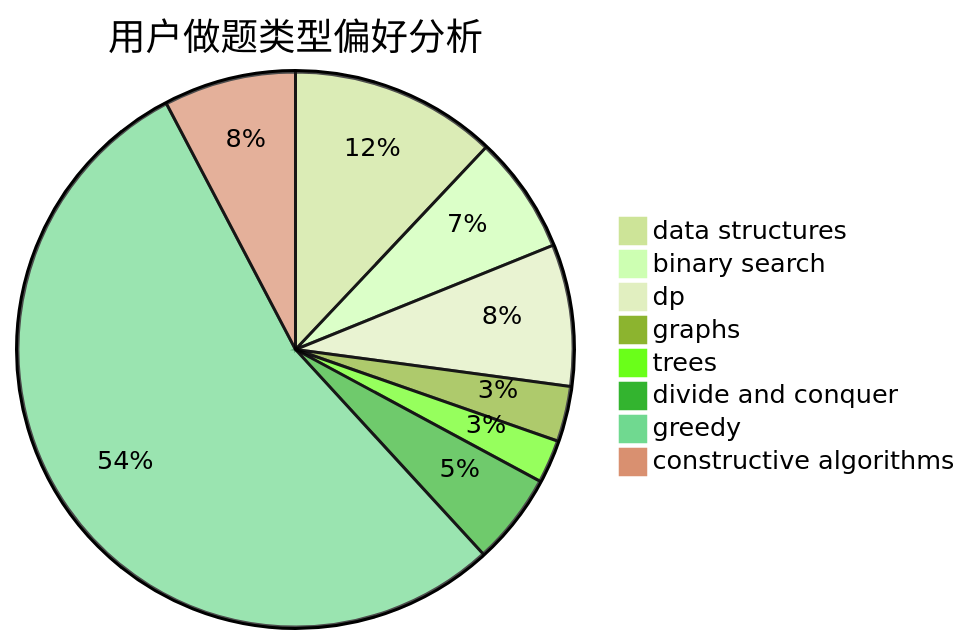
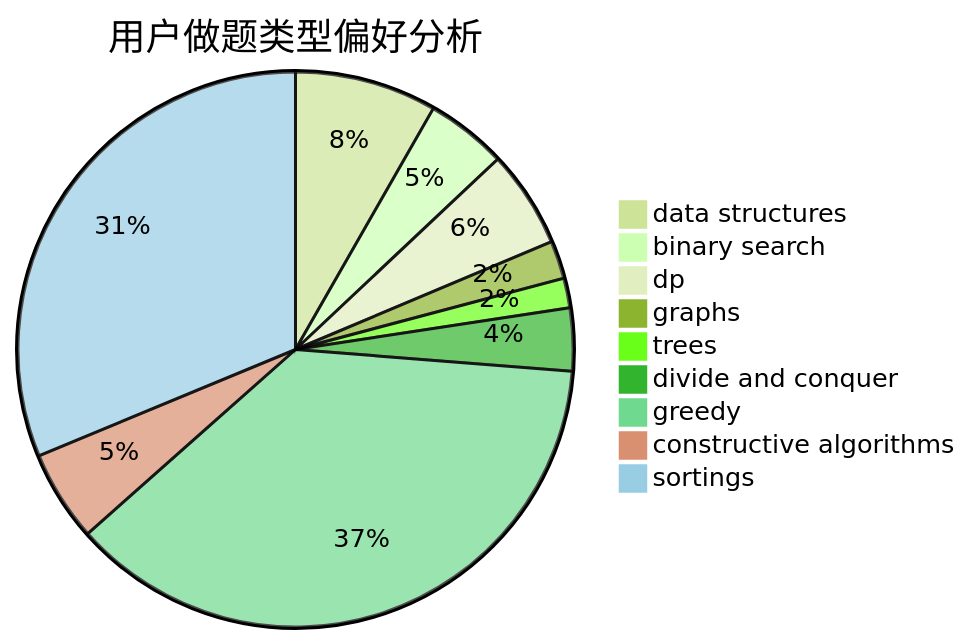
Before and after one commit to sherpahu/cfrs.github.io: the second of 3 diagrams in docs/user/u166.md, drawn with Mermaid (forest theme). The commit also changed other lines of this file and 2769 other files, not shown here.

````diff
--- a/docs/user/u166.md
+++ b/docs/user/u166.md
@@ -23,11 +18,12 @@
 ```mermaid
 pie title 用户做题类型偏好分析
     "data structures" :  86
     "binary search" :  49
     "dp" :  59
     "graphs" :  23
     "trees" :  18
     "divide and conquer" :  38
     "greedy" :  387
     "constructive algorithms" :  55
+    "sortings" :  325
 ```
````
